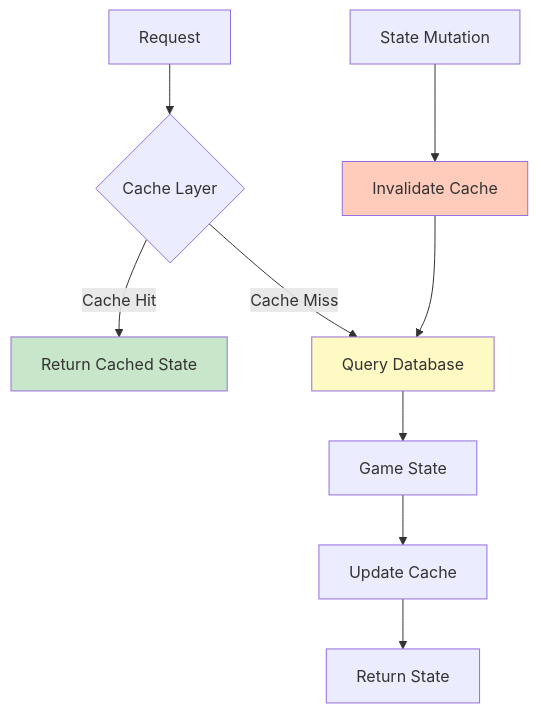
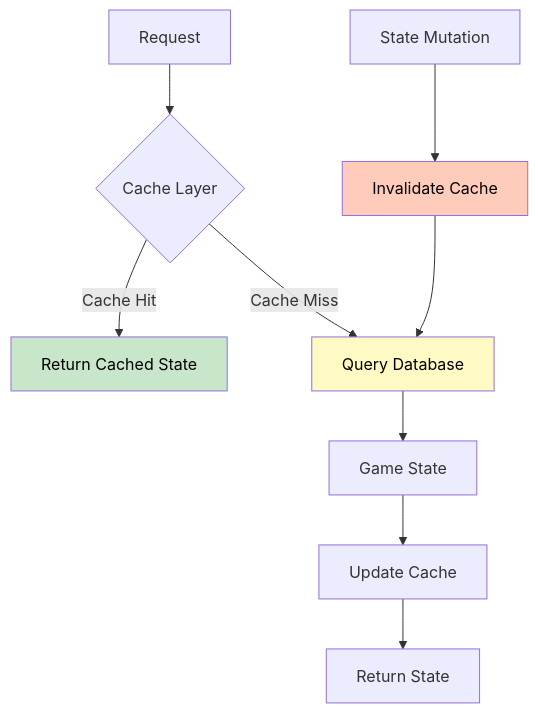
Before and after one commit to sw-game-dev/game-mcp-poc: diagram 14 of 16 in wiki/Data-Flow.md, drawn with Mermaid. The commit also changed other lines of this file and 4 other files, not shown here.

First line of the commit message:
fix: Improve mermaid diagram text contrast

````diff
--- a/wiki/Data-Flow.md
+++ b/wiki/Data-Flow.md
@@ -511,18 +511,18 @@
 ```mermaid
 graph TB
     A[Request] --> B{Cache Layer}
 
     B -->|Cache Hit| C[Return Cached State]
     B -->|Cache Miss| D[Query Database]
 
     D --> E[Game State]
     E --> F[Update Cache]
     F --> G[Return State]
 
     H[State Mutation] --> I[Invalidate Cache]
     I --> D
 
-    style C fill:#c8e6c9
-    style D fill:#fff9c4
-    style I fill:#ffccbc
+    style C fill:#c8e6c9,color:#000
+    style D fill:#fff9c4,color:#000
+    style I fill:#ffccbc,color:#000
 ```
````
